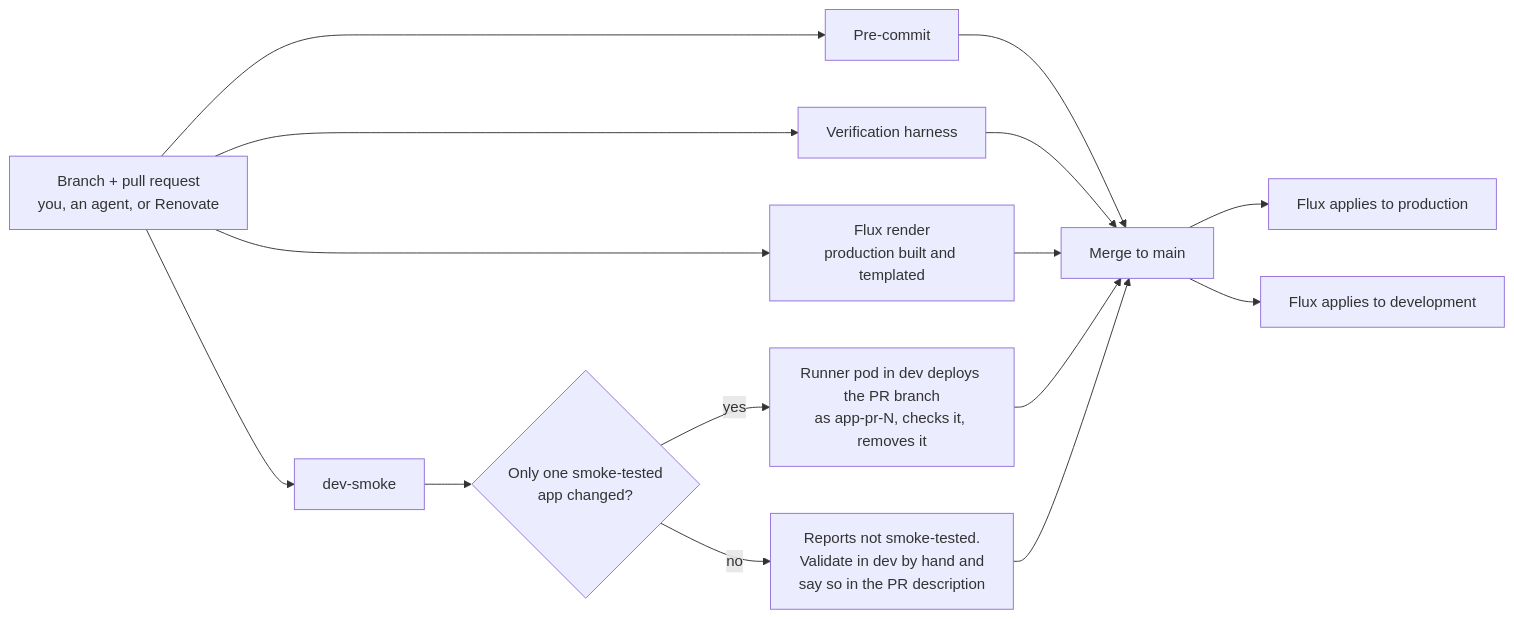
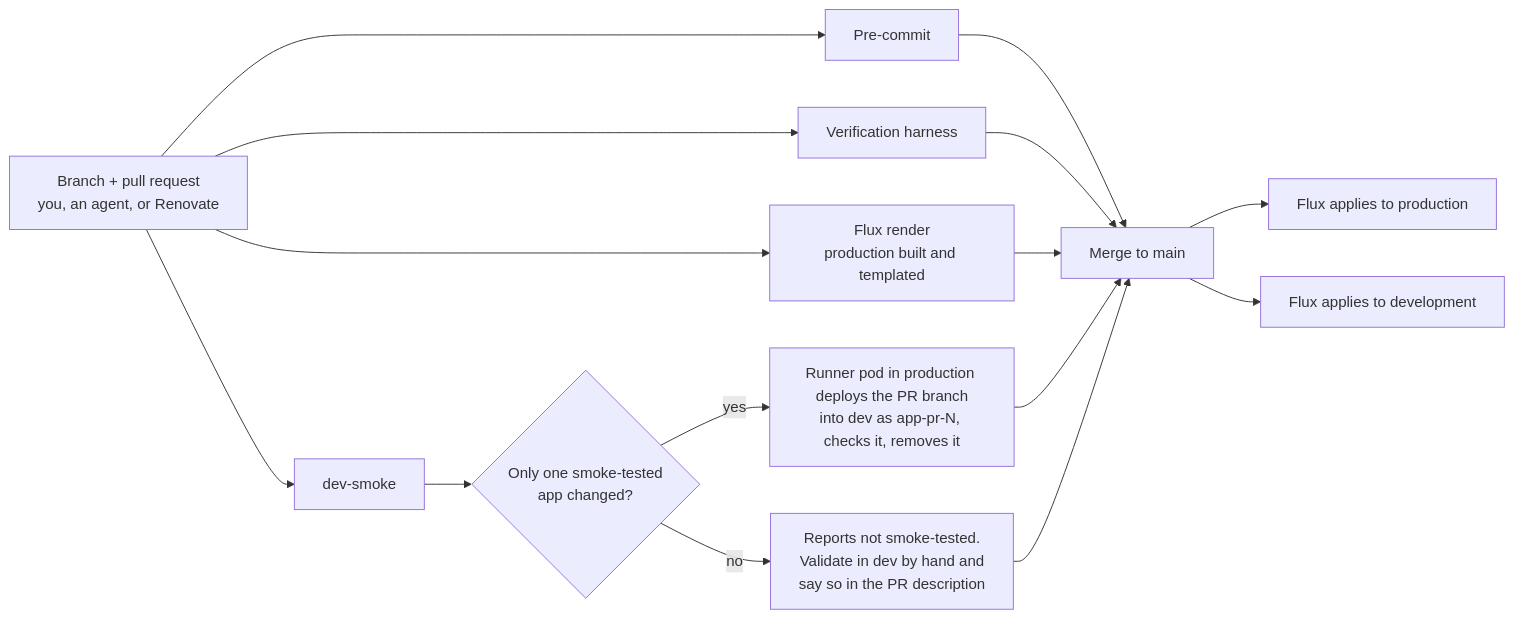
One commit to petebeegle/homelab changed the second of 4 diagrams in docs/overview.md. Above: the diagram before and after it, drawn with Mermaid. The commit also changed other lines of this file and 9 other files, not shown here.

First line of the commit message:
feat(ci-runner): cut over homelab-dev to the production runner

````diff
--- a/docs/overview.md
+++ b/docs/overview.md
@@ -70,17 +70,17 @@
 ```mermaid
 flowchart LR
   A["Branch + pull request<br/>you, an agent, or Renovate"] --> B["Pre-commit"]
   A --> C["Verification harness"]
   A --> R["Flux render<br/>production built and templated"]
   A --> D["dev-smoke"]
   D --> E{"Only one smoke-tested<br/>app changed?"}
-  E -->|yes| F["Runner pod in dev deploys the PR branch<br/>as app-pr-N, checks it, removes it"]
+  E -->|yes| F["Runner pod in production deploys the PR branch<br/>into dev as app-pr-N, checks it, removes it"]
   E -->|no| G["Reports not smoke-tested.<br/>Validate in dev by hand and<br/>say so in the PR description"]
   B --> M["Merge to main"]
   C --> M
   R --> M
   F --> M
   G --> M
   M --> P["Flux applies to production"]
   M --> Q["Flux applies to development"]
 ```
````
